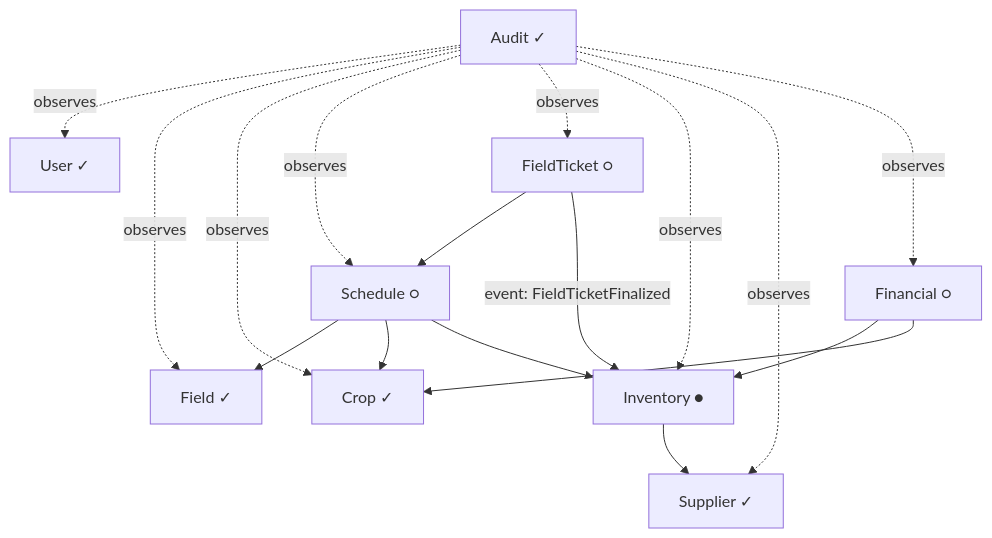
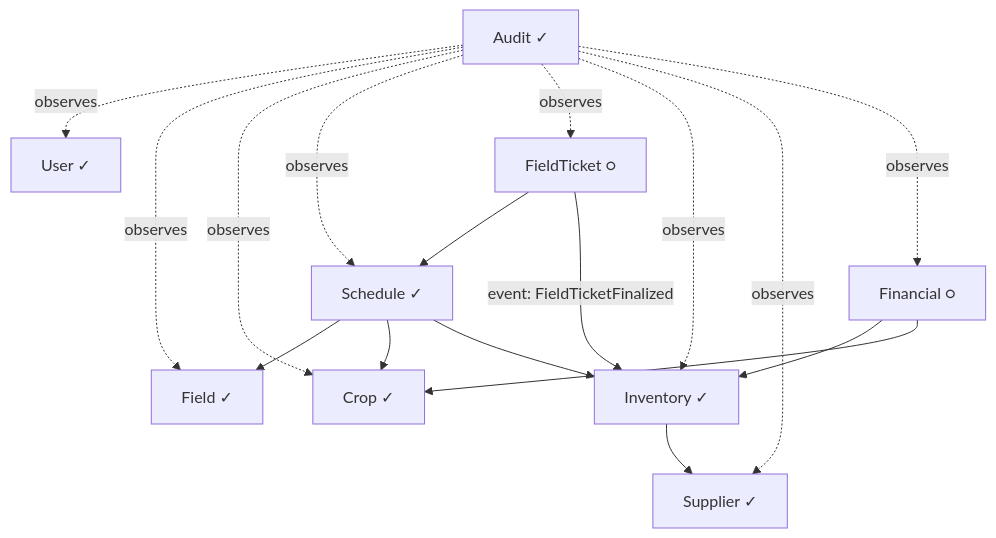
One commit to fellipefreiire/farm-app-docs changed the diagram in architecture.md. Above: the diagram before and after it, drawn with Mermaid. The commit also changed other lines of this file and 4 other files, not shown here.

````diff
--- a/architecture.md
+++ b/architecture.md
@@ -27,29 +27,29 @@
 ```mermaid
 graph TD
   User[User ✓]
   Field[Field ✓]
   Crop[Crop ✓]
   Audit[Audit ✓]
-  Schedule[Schedule ○]
+  Schedule[Schedule ✓]
   FieldTicket[FieldTicket ○]
-  Inventory[Inventory ●]
+  Inventory[Inventory ✓]
   Supplier[Supplier ✓]
   Financial[Financial ○]
 
   Schedule --> Field
   Schedule --> Crop
   Schedule --> Inventory
   FieldTicket --> Schedule
   FieldTicket -->|event: FieldTicketFinalized| Inventory
   Financial --> Inventory
   Financial --> Crop
   Inventory --> Supplier
   Audit -.->|observes| User
   Audit -.->|observes| Field
   Audit -.->|observes| Crop
   Audit -.->|observes| Schedule
   Audit -.->|observes| FieldTicket
   Audit -.->|observes| Inventory
   Audit -.->|observes| Supplier
   Audit -.->|observes| Financial
 ```
````
